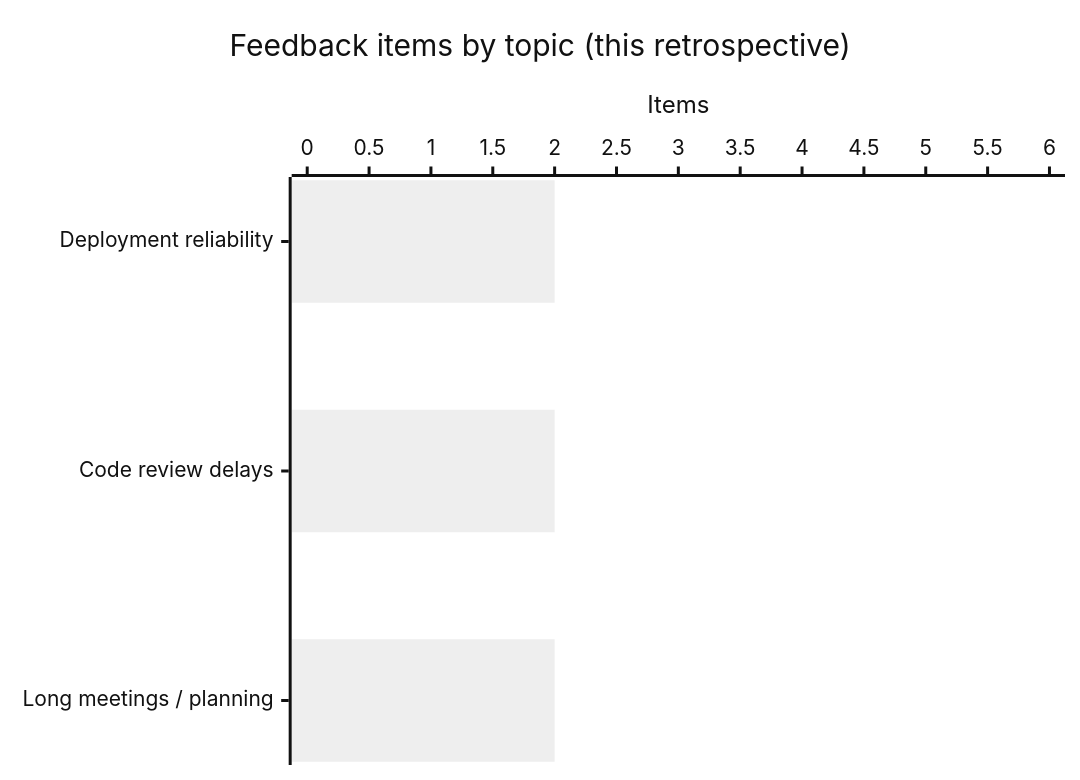
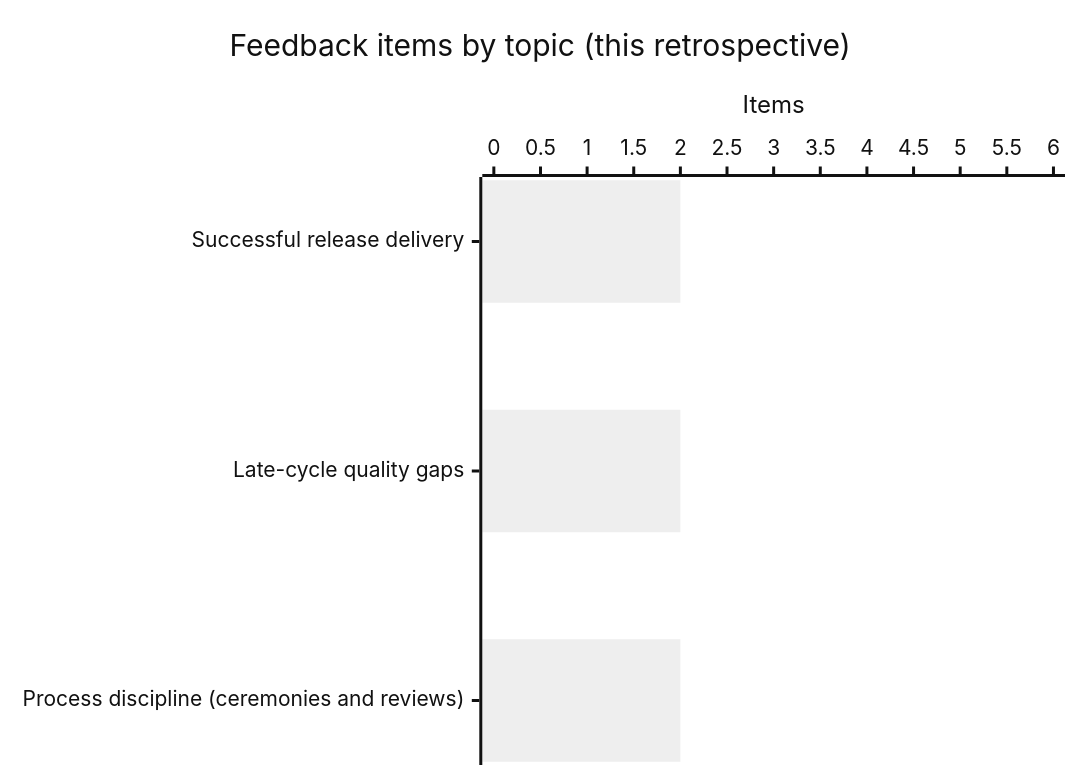
One commit to IslamFathyy/retro-lab changed the first of 2 diagrams in docs/reminders/latest-report.md. Above: the diagram before and after it, drawn with Mermaid (neutral theme). The commit also changed other lines of this file and 3 other files, not shown here.

````diff
--- a/docs/reminders/latest-report.md
+++ b/docs/reminders/latest-report.md
@@ -31,7 +31,7 @@
 ```mermaid
 xychart-beta horizontal
     title "Feedback items by topic (this retrospective)"
-    x-axis ["Deployment reliability", "Code review delays", "Long meetings / planning"]
+    x-axis ["Successful release delivery", "Late-cycle quality gaps", "Process discipline (ceremonies and reviews)"]
     y-axis "Items" 0 --> 6
     bar [2, 2, 2]
 ```
````
